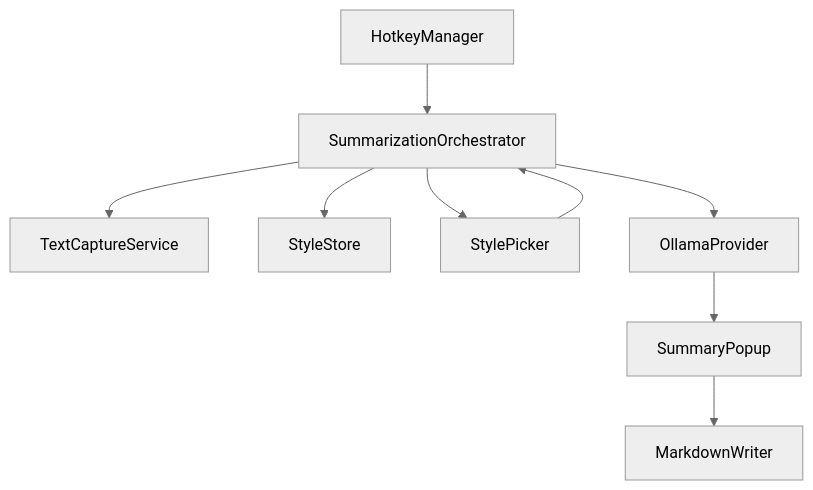
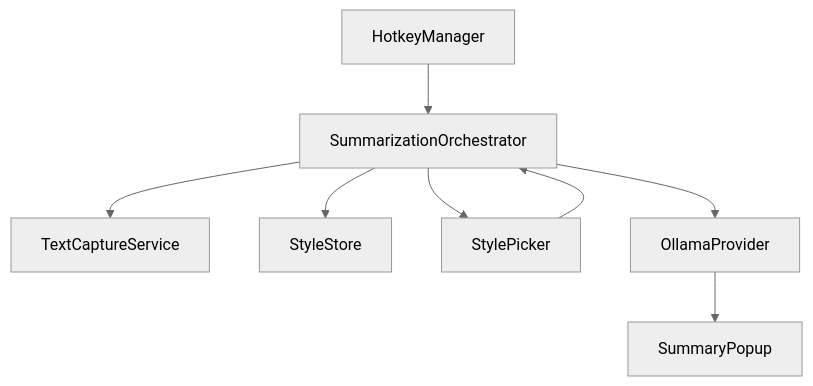
The diagram in Docs/handoff-milestone-2-plan.md (GagikNav/textassist), drawn with Mermaid before and after one commit. The commit also changed other lines of this file, not shown here.

````diff
--- a/Docs/handoff-milestone-2-plan.md
+++ b/Docs/handoff-milestone-2-plan.md
@@ -199,21 +200,19 @@
 ```mermaid
 %%{init: {'theme':'neutral'}}%%
 flowchart TB
     HK[HotkeyManager]
     ORCH[SummarizationOrchestrator]
     TC[TextCaptureService]
     SS[StyleStore]
     SP[StylePicker]
     OP[OllamaProvider]
     POP[SummaryPopup]
-    MW[MarkdownWriter]
 
     HK --> ORCH
     ORCH --> TC
     ORCH --> SS
     ORCH --> SP
     SP --> ORCH
     ORCH --> OP
     OP --> POP
-    POP --> MW
 ```
````
